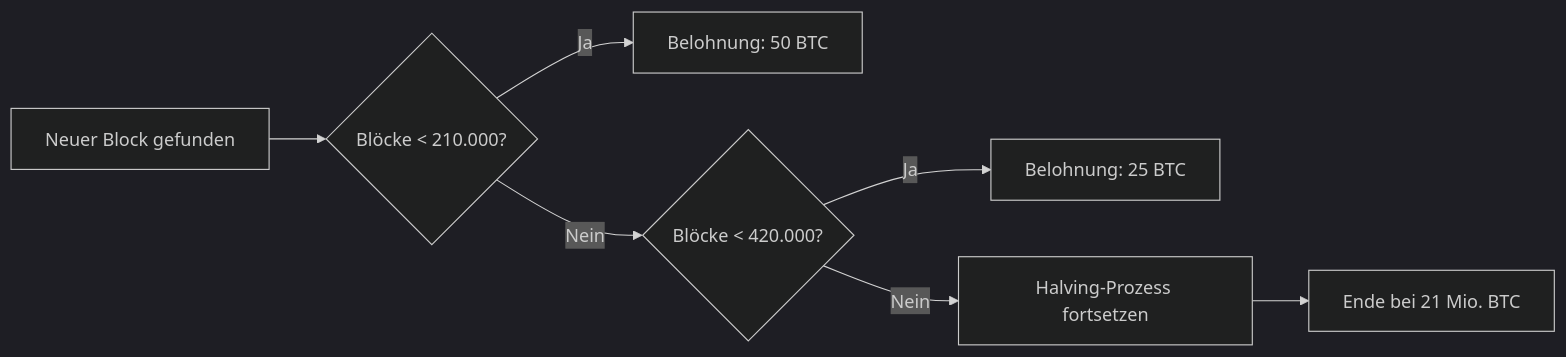
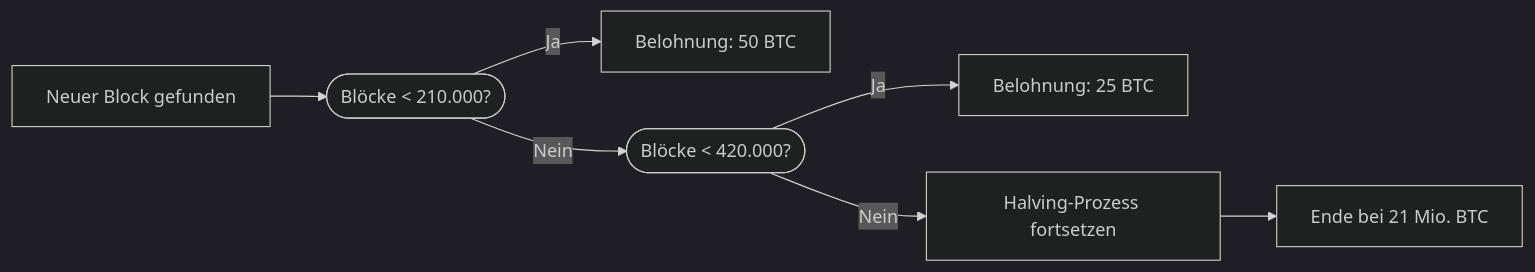
One commit to annabraun015-stack/krypto-watch changed the diagram in src/content/blog/de/bitcoin-halving.mdx. Above: the diagram before and after it, drawn with Mermaid (dark theme). The commit also changed 10 other files, not shown here.

```diff
--- a/src/content/blog/de/bitcoin-halving.mdx
+++ b/src/content/blog/de/bitcoin-halving.mdx
@@ -62,9 +62,9 @@
 <div class="mermaid">
 graph LR
-    A[Neuer Block gefunden] --> B{Blöcke < 210.000?}
+    A[Neuer Block gefunden] --> B([Blöcke < 210.000?])
     B -- Ja --> C[Belohnung: 50 BTC]
-    B -- Nein --> D{Blöcke < 420.000?}
+    B -- Nein --> D([Blöcke < 420.000?])
     D -- Ja --> E[Belohnung: 25 BTC]
     D -- Nein --> F[Halving-Prozess fortsetzen]
     F --> G[Ende bei 21 Mio. BTC]
 </div>
```
